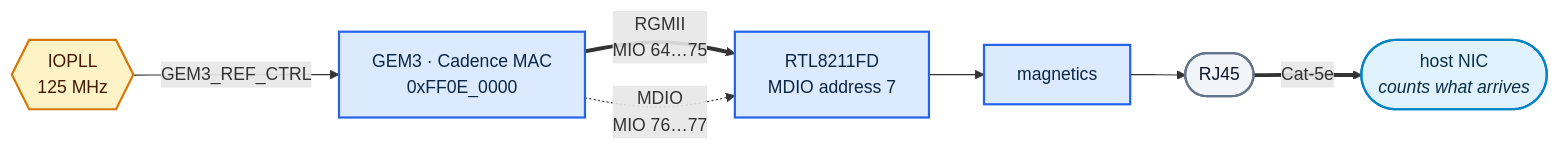
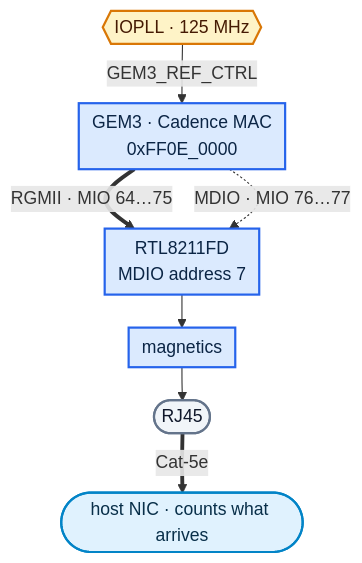
The diagram in ethernet/README.md (JutsFunFor/xczu27dr-rfsoc), drawn with Mermaid before and after one commit. The commit also changed 7 other files, not shown here.

````diff
--- a/ethernet/README.md
+++ b/ethernet/README.md
@@ -45,25 +45,26 @@
 ```mermaid
-flowchart LR
-  IOPLL{{"IOPLL<br/>125 MHz"}}
+%%{init: {"flowchart": {"nodeSpacing": 25, "rankSpacing": 30, "padding": 6}}}%%
+flowchart TD
+  IOPLL{{"IOPLL · 125 MHz"}}
   GEM["GEM3 · Cadence MAC<br/>0xFF0E_0000"]
   PHY["RTL8211FD<br/>MDIO address 7"]
   MAG["magnetics"]
   RJ(["RJ45"])
-  HOST(["host NIC<br/><i>counts what arrives</i>"])
+  HOST(["host NIC · counts what arrives"])
 
   IOPLL -->|"GEM3_REF_CTRL"| GEM
-  GEM ==>|"RGMII<br/>MIO 64…75"| PHY
-  GEM -.->|"MDIO<br/>MIO 76…77"| PHY
+  GEM ==>|"RGMII · MIO 64…75"| PHY
+  GEM -.->|"MDIO · MIO 76…77"| PHY
   PHY --> MAG --> RJ
   RJ ==>|"Cat-5e"| HOST
 
   classDef ps   fill:#dbeafe,stroke:#2563eb,stroke-width:2px,color:#0b2545
   classDef clk  fill:#fef3c7,stroke:#d97706,stroke-width:2px,color:#451a03
   classDef ext  fill:#f1f5f9,stroke:#64748b,stroke-width:2px,color:#0f172a
   classDef host fill:#e0f2fe,stroke:#0284c7,stroke-width:2px,color:#082f49
 
   class GEM,PHY,MAG ps
   class IOPLL clk
   class RJ ext
   class HOST host
 ```
````
